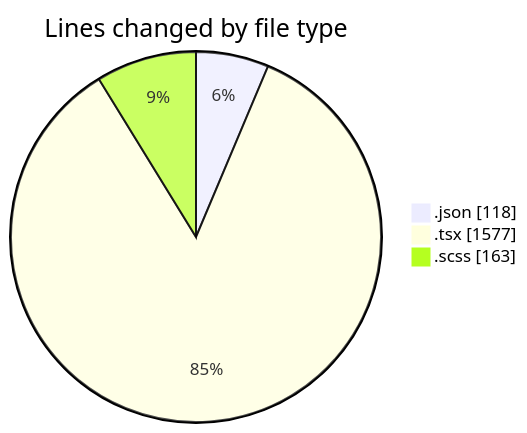
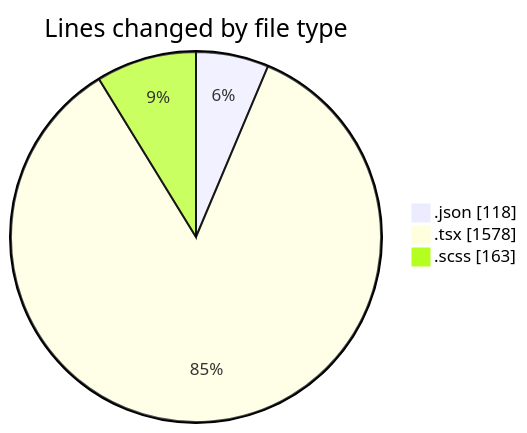
One commit to momahboobian/code-tracking changed the first of 2 diagrams in 2025-11-19/cda/README.md. Above: the diagram before and after it, drawn with Mermaid. The commit also changed other lines of this file and 1 other file, not shown here.

````diff
--- a/2025-11-19/cda/README.md
+++ b/2025-11-19/cda/README.md
@@ -22,7 +22,7 @@
 ```mermaid
 pie showData
 title Lines changed by file type
 ".json" : 118
-".tsx" : 1577
+".tsx" : 1578
 ".scss" : 163
 ```
````
